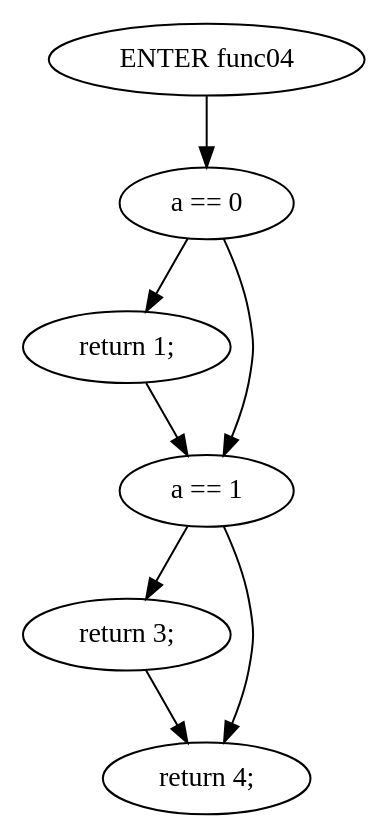
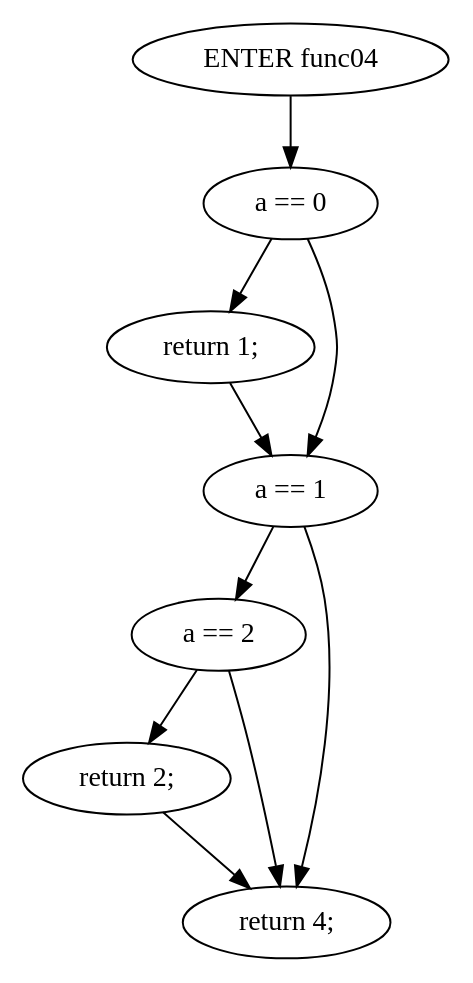
Before and after one commit to Surprise-Jing/Java-oriented-analysis-and-understanding-tools: the diagram in staticSlicer/data/testcases/output/sequence/Return/pdg/dot/func04(int).dot, drawn with Graphviz. The commit also changed 86 other files, not shown here.

```diff
--- a/staticSlicer/data/testcases/output/sequence/Return/pdg/dot/func04(int).dot
+++ b/staticSlicer/data/testcases/output/sequence/Return/pdg/dot/func04(int).dot
@@ -1,15 +1,18 @@
 digraph G {
   0 [ label="ENTER func04" ];
   2 [ label="a == 0" ];
   3 [ label="return 1;" ];
   4 [ label="a == 1" ];
-  5 [ label="return 3;" ];
-  6 [ label="return 4;" ];
+  5 [ label="a == 2" ];
+  6 [ label="return 2;" ];
+  7 [ label="return 4;" ];
   0 -> 2 [ ];
   2 -> 3 [ ];
   3 -> 4 [ ];
   2 -> 4 [ ];
   4 -> 5 [ ];
   5 -> 6 [ ];
-  4 -> 6 [ ];
+  6 -> 7 [ ];
+  5 -> 7 [ ];
+  4 -> 7 [ ];
 }
```
